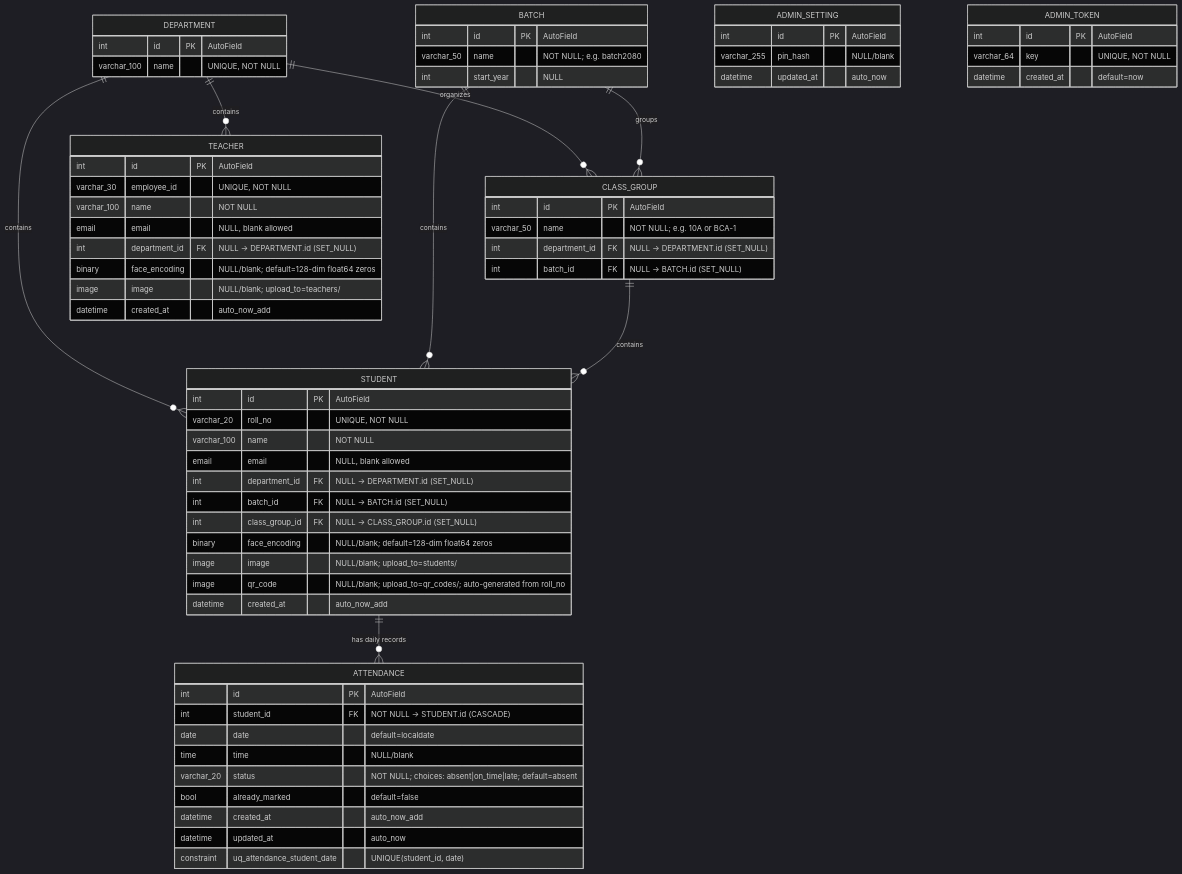
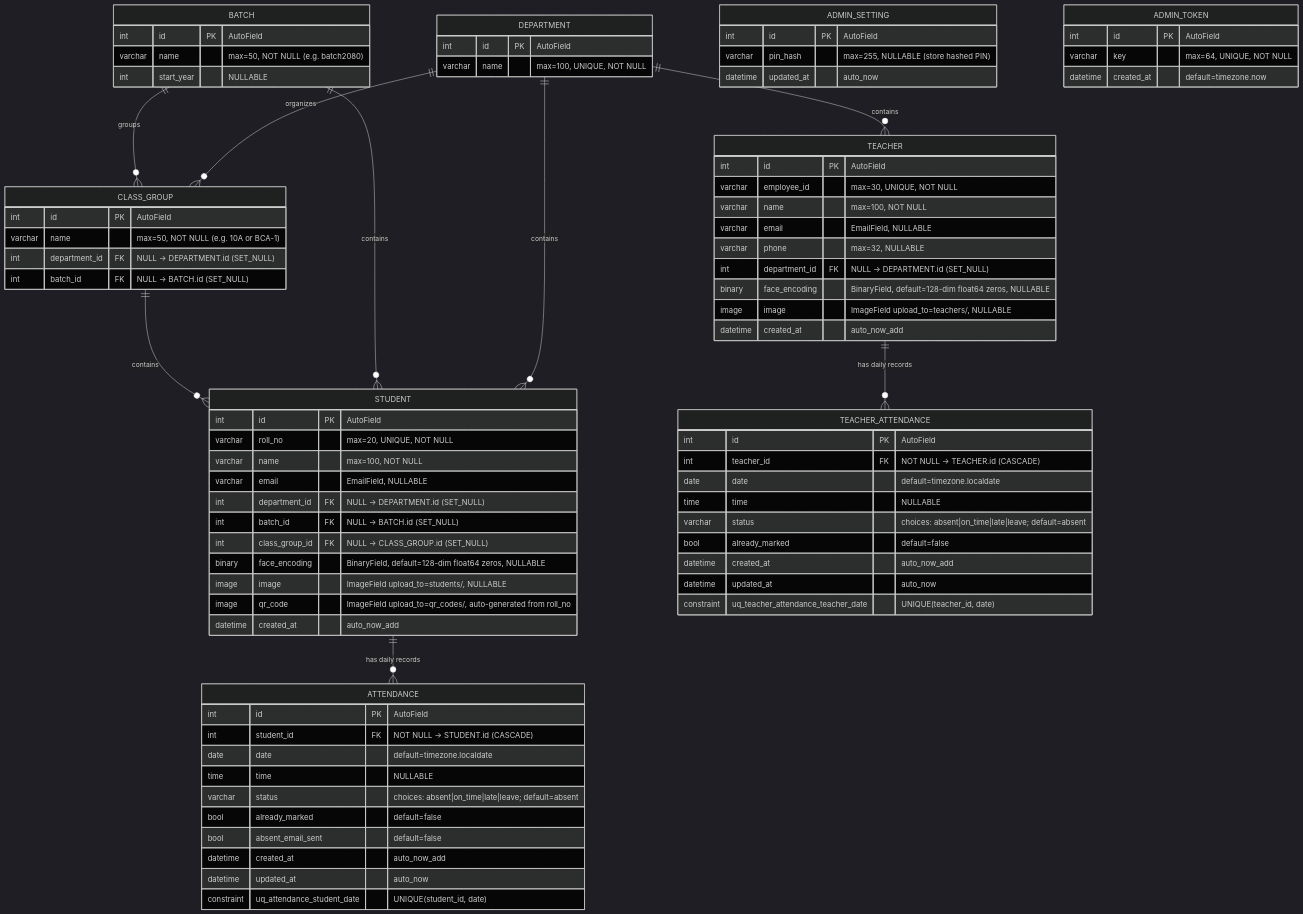
The diagram in smart_attendance_er.mermaid (sujjalfr/Smart-Attendance-System), drawn with Mermaid (dark theme) before and after one commit. The commit also changed other lines of this file and 12 other files, not shown here.

First line of the commit message:
feat: Enhance attendance management and email functionality

```diff
--- a/smart_attendance_er.mermaid
+++ b/smart_attendance_er.mermaid
@@ -1,115 +1,133 @@
 %% ============================================================
 %% Smart Attendance System - Complete ER Diagram (Backend Schema)
+%% Generated/updated to reflect `accounts` and `attendance` models
 %% Source: backend/smart_attendance/accounts/models.py
 %%         backend/smart_attendance/attendance/models.py
 %% ============================================================
 
 erDiagram
 
-	%% =========================
+	%% -------------------------
 	%% CORE ACADEMIC ENTITIES
-	%% =========================
+	%% -------------------------
 
 	DEPARTMENT {
 		int id PK "AutoField"
-		varchar_100 name "UNIQUE, NOT NULL"
+		varchar name "max=100, UNIQUE, NOT NULL"
 	}
 
 	BATCH {
 		int id PK "AutoField"
-		varchar_50 name "NOT NULL; e.g. batch2080"
-		int start_year "NULL"
+		varchar name "max=50, NOT NULL (e.g. batch2080)"
+		int start_year "NULLABLE"
 	}
 
 	CLASS_GROUP {
 		int id PK "AutoField"
-		varchar_50 name "NOT NULL; e.g. 10A or BCA-1"
+		varchar name "max=50, NOT NULL (e.g. 10A or BCA-1)"
 		int department_id FK "NULL -> DEPARTMENT.id (SET_NULL)"
 		int batch_id FK "NULL -> BATCH.id (SET_NULL)"
 	}
 
-	%% =========================
-	%% PEOPLE ENTITIES
-	%% =========================
+	%% -------------------------
+	%% PEOPLE / IDENTITY ENTITIES
+	%% -------------------------
 
 	STUDENT {
 		int id PK "AutoField"
-		varchar_20 roll_no "UNIQUE, NOT NULL"
-		varchar_100 name "NOT NULL"
-		email email "NULL, blank allowed"
+		varchar roll_no "max=20, UNIQUE, NOT NULL"
+		varchar name "max=100, NOT NULL"
+		varchar email "EmailField, NULLABLE"
 		int department_id FK "NULL -> DEPARTMENT.id (SET_NULL)"
 		int batch_id FK "NULL -> BATCH.id (SET_NULL)"
 		int class_group_id FK "NULL -> CLASS_GROUP.id (SET_NULL)"
-		binary face_encoding "NULL/blank; default=128-dim float64 zeros"
-		image image "NULL/blank; upload_to=students/"
-		image qr_code "NULL/blank; upload_to=qr_codes/; auto-generated from roll_no"
+		binary face_encoding "BinaryField, default=128-dim float64 zeros, NULLABLE"
+		image image "ImageField upload_to=students/, NULLABLE"
+		image qr_code "ImageField upload_to=qr_codes/, auto-generated from roll_no"
 		datetime created_at "auto_now_add"
 	}
 
 	TEACHER {
 		int id PK "AutoField"
-		varchar_30 employee_id "UNIQUE, NOT NULL"
-		varchar_100 name "NOT NULL"
-		email email "NULL, blank allowed"
+		varchar employee_id "max=30, UNIQUE, NOT NULL"
+		varchar name "max=100, NOT NULL"
+		varchar email "EmailField, NULLABLE"
+		varchar phone "max=32, NULLABLE"
 		int department_id FK "NULL -> DEPARTMENT.id (SET_NULL)"
-		binary face_encoding "NULL/blank; default=128-dim float64 zeros"
-		image image "NULL/blank; upload_to=teachers/"
+		binary face_encoding "BinaryField, default=128-dim float64 zeros, NULLABLE"
+		image image "ImageField upload_to=teachers/, NULLABLE"
 		datetime created_at "auto_now_add"
 	}
 
-	%% =========================
+	%% -------------------------
 	%% ATTENDANCE ENTITIES
-	%% =========================
+	%% -------------------------
 
 	ATTENDANCE {
 		int id PK "AutoField"
 		int student_id FK "NOT NULL -> STUDENT.id (CASCADE)"
-		date date "default=localdate"
-		time time "NULL/blank"
-		varchar_20 status "NOT NULL; choices: absent|on_time|late; default=absent"
+		date date "default=timezone.localdate"
+		time time "NULLABLE"
+		varchar status "choices: absent|on_time|late|leave; default=absent"
 		bool already_marked "default=false"
+		bool absent_email_sent "default=false"
 		datetime created_at "auto_now_add"
 		datetime updated_at "auto_now"
 		constraint uq_attendance_student_date "UNIQUE(student_id, date)"
 	}
 
-	%% =========================
+	TEACHER_ATTENDANCE {
+		int id PK "AutoField"
+		int teacher_id FK "NOT NULL -> TEACHER.id (CASCADE)"
+		date date "default=timezone.localdate"
+		time time "NULLABLE"
+		varchar status "choices: absent|on_time|late|leave; default=absent"
+		bool already_marked "default=false"
+		datetime created_at "auto_now_add"
+		datetime updated_at "auto_now"
+		constraint uq_teacher_attendance_teacher_date "UNIQUE(teacher_id, date)"
+	}
+
+	%% -------------------------
 	%% ADMIN / AUTH SUPPORT ENTITIES
-	%% =========================
+	%% -------------------------
 
 	ADMIN_SETTING {
 		int id PK "AutoField"
-		varchar_255 pin_hash "NULL/blank"
+		varchar pin_hash "max=255, NULLABLE (store hashed PIN)"
 		datetime updated_at "auto_now"
 	}
 
 	ADMIN_TOKEN {
 		int id PK "AutoField"
-		varchar_64 key "UNIQUE, NOT NULL"
-		datetime created_at "default=now"
+		varchar key "max=64, UNIQUE, NOT NULL"
+		datetime created_at "default=timezone.now"
 	}
 
-	%% =========================
+	%% -------------------------
 	%% RELATIONSHIPS (CARDINALITY)
-	%% =========================
+	%% -------------------------
 
 	DEPARTMENT ||--o{ CLASS_GROUP : "organizes"
 	BATCH ||--o{ CLASS_GROUP : "groups"
 
 	DEPARTMENT ||--o{ STUDENT : "contains"
 	BATCH ||--o{ STUDENT : "contains"
 	CLASS_GROUP ||--o{ STUDENT : "contains"
 
 	DEPARTMENT ||--o{ TEACHER : "contains"
 
 	STUDENT ||--o{ ATTENDANCE : "has daily records"
+	TEACHER ||--o{ TEACHER_ATTENDANCE : "has daily records"
 
-	%% =========================
+	%% -------------------------
 	%% IMPLEMENTATION NOTES
-	%% =========================
-	%% - Optional FKs in STUDENT / CLASS_GROUP / TEACHER use ON DELETE SET NULL.
-	%% - Attendance tables use ON DELETE CASCADE from parent person table.
-	%% - ATTENDANCE unique_together(student, date) ensures one row per student per day.
-	%% - ATTENDANCE has default ordering: -date, -time.
-	%% - ADMIN_SETTING acts as singleton-ish config table (application-level behavior).
-	%% - ADMIN_TOKEN expiry is enforced in app logic (not DB constraint).
+	%% -------------------------
+	%% - Optional FKs on STUDENT/CLASS_GROUP/TEACHER use ON DELETE SET NULL (models: SET_NULL).
+	%% - Attendance tables use ON DELETE CASCADE for their person FK (models: CASCADE).
+	%% - Unique constraints: (student, date) and (teacher, date) enforced via `unique_together`.
+	%% - Face encodings are stored as raw binary (`BinaryField`) containing 128 float64 values.
+	%% - QR codes are generated from `Student.roll_no` and saved to `qr_codes/`.
+	%% - `AdminSetting` behaves like a singleton config (application logic enforces single active config).
+	%% - `AdminToken` expiry is enforced in application code via `is_expired()` (not a DB constraint).
+	%% - `absent_email_sent` tracks whether an absent notification email was already sent for that record.
```
